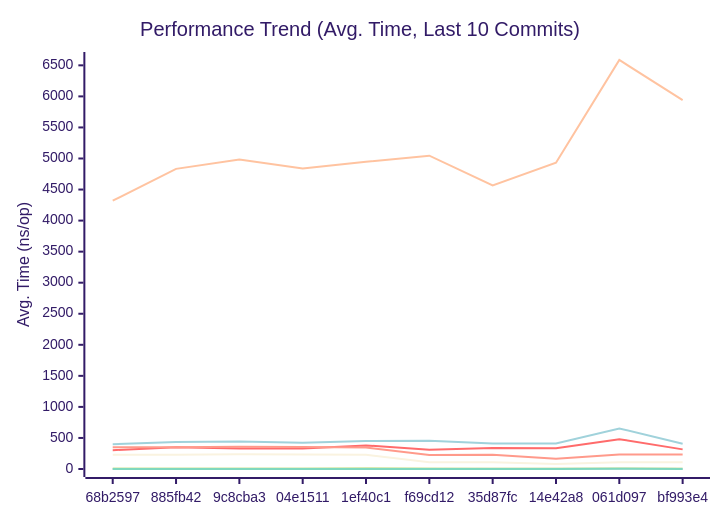
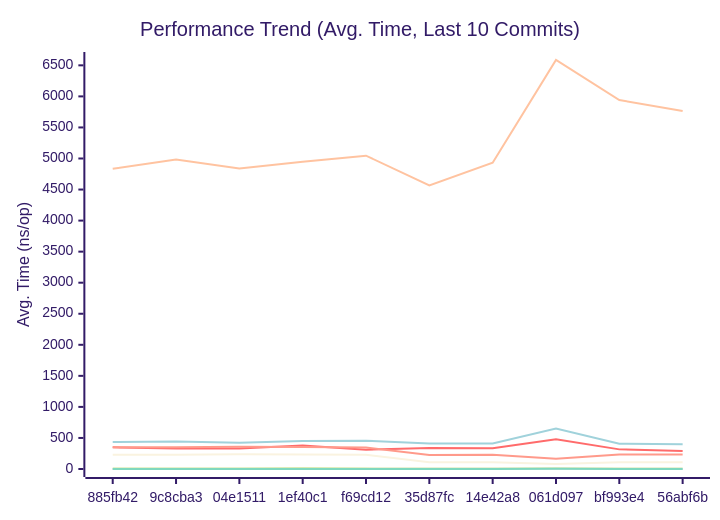
One commit to alsotoes/momo changed the first of 3 diagrams in docs/PERFORMANCE.md. Above: the diagram before and after it, drawn with Mermaid (forest theme). The commit also changed other lines of this file and 1 other file, not shown here.

````diff
--- a/docs/PERFORMANCE.md
+++ b/docs/PERFORMANCE.md
@@ -82,16 +80,16 @@
 ```mermaid
 xychart-beta
     title "Performance Trend (Avg. Time, Last 10 Commits)"
     x-axis "Commit"
     y-axis "Avg. Time (ns/op)"
-    x-axis [68b2597,885fb42,9c8cba3,04e1511,1ef40c1,f69cd12,35d87fc,14e42a8,061d097,bf993e4]
-    line "CheckMetricsAndSwap" [8,9,9,8,12,9,7,8,11,7]
-    line "CrushOptimized" [303,349,330,331,380,310,340,334,480,316]
-    line "CrushOriginal" [399,436,442,423,449,456,411,411,653,408]
+    x-axis [885fb42,9c8cba3,04e1511,1ef40c1,f69cd12,35d87fc,14e42a8,061d097,bf993e4,56abf6b]
+    line "CheckMetricsAndSwap" [9,9,8,12,9,7,8,11,7,9]
+    line "CrushOptimized" [349,330,331,380,310,340,334,480,316,291]
+    line "CrushOriginal" [436,442,423,449,456,411,411,653,408,400]
     line "IndexDirectTracking" [0,0,0,0,0,0,0,0,0,0]
-    line "IndexSearch" [1,2,2,2,2,2,3,3,3,3]
-    line "LoadGlobalConfig" [4320,4833,4983,4838,4948,5045,4567,4932,6586,5941]
-    line "PadString" [2,2,2,2,2,2,2,2,3,2]
+    line "IndexSearch" [2,2,2,2,2,3,3,3,3,3]
+    line "LoadGlobalConfig" [4833,4983,4838,4948,5045,4567,4932,6586,5941,5764]
+    line "PadString" [2,2,2,2,2,2,2,3,2,2]
     line "ParseReplicationOrder_NoPrealloc" [350,349,357,354,345,225,229,165,232,234]
     line "ParseReplicationOrder_Prealloc" [229,231,237,234,229,108,107,80,110,109]
 ```
````
